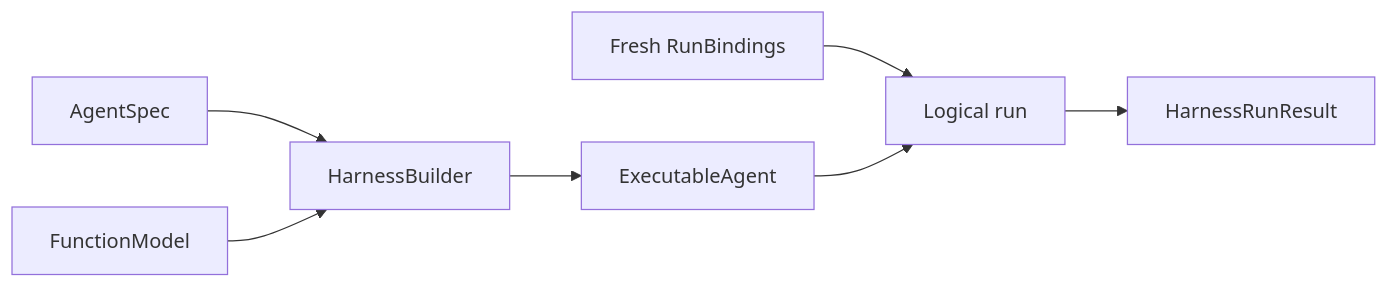
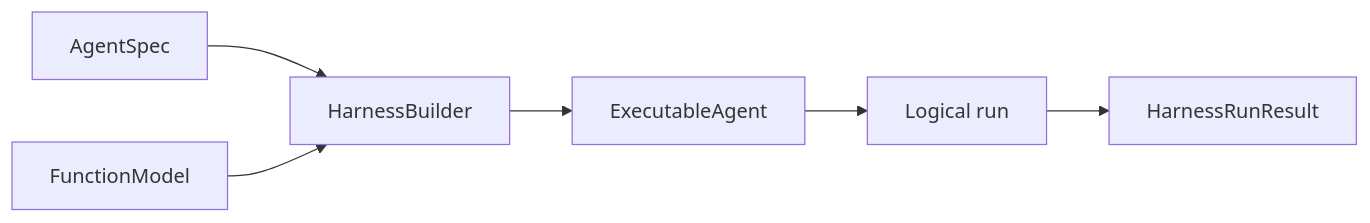
One commit to LTThreeComma/agent-foundation changed the diagram in docs/agent-harness/getting-started.md. Above: the diagram before and after it, drawn with Mermaid. The commit also changed other lines of this file and 48 other files, not shown here.

````diff
--- a/docs/agent-harness/getting-started.md
+++ b/docs/agent-harness/getting-started.md
@@ -72,9 +74,8 @@
 ```mermaid
 flowchart LR
     Spec[AgentSpec] --> Builder[HarnessBuilder]
     Model[FunctionModel] --> Builder
     Builder --> Executable[ExecutableAgent]
-    Bindings[Fresh RunBindings] --> Run[Logical run]
-    Executable --> Run
+    Executable --> Run[Logical run]
     Run --> Result[HarnessRunResult]
 ```
````
